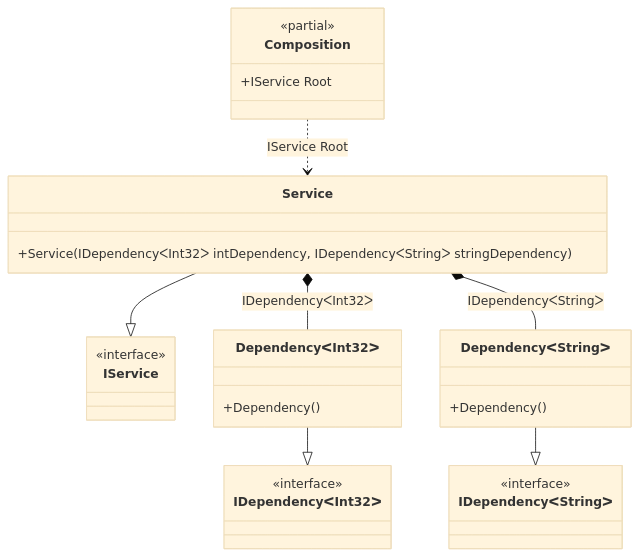
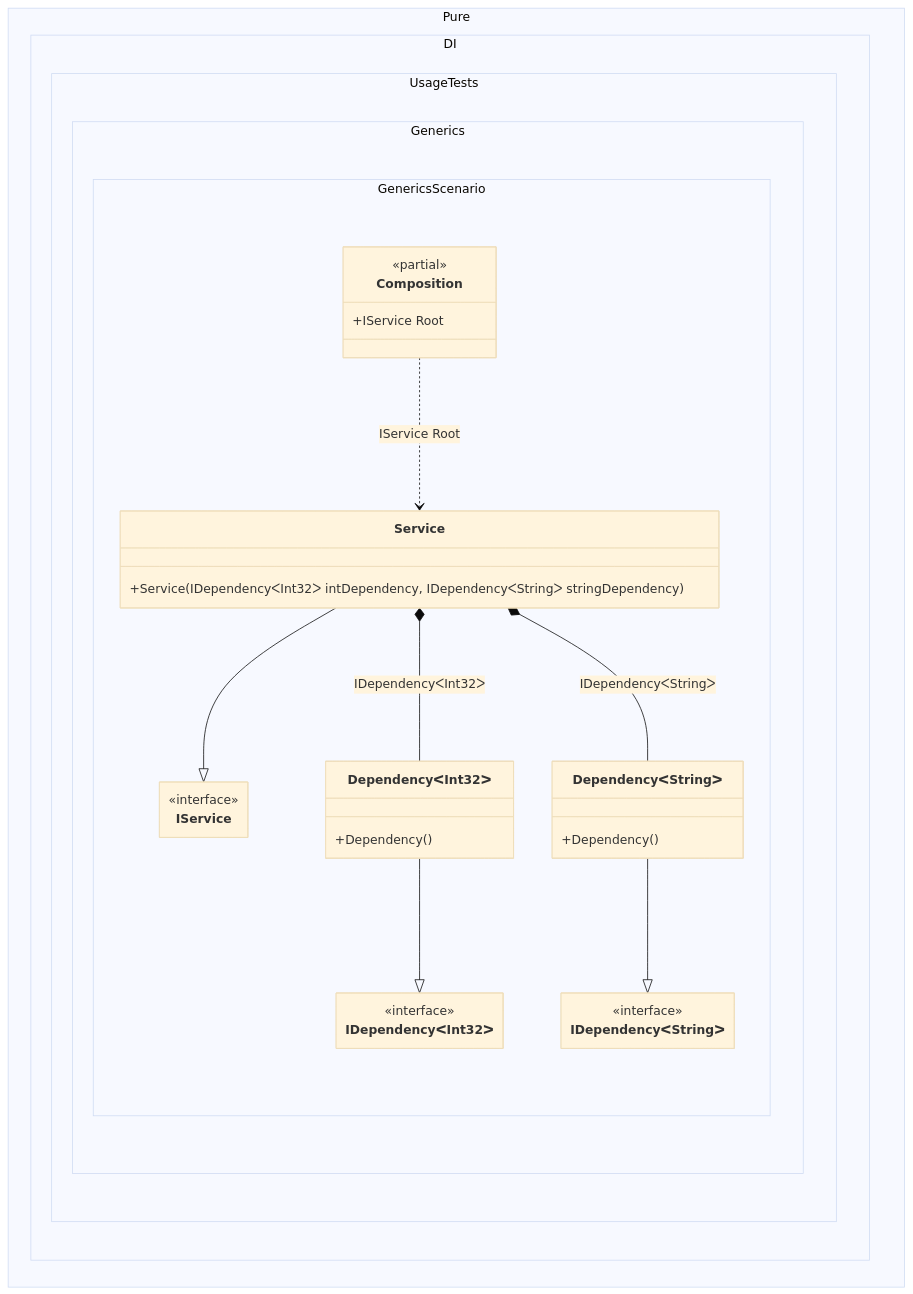
Before and after one commit to DevTeam/Pure.DI: the diagram in readme/generics.md, drawn with Mermaid (base theme). The commit also changed 103 other files, not shown here.

Commit message:
Improved class diagrams

````diff
--- a/readme/generics.md
+++ b/readme/generics.md
@@ -123,31 +123,38 @@
 ```mermaid
+---
+ config:
+  class:
+   hideEmptyMembersBox: true
+---
 classDiagram
-	class Composition {
-		<<partial>>
-		+IService Root
-	}
 	Service --|> IService
-	class Service {
-		+Service(IDependencyᐸInt32ᐳ intDependency, IDependencyᐸStringᐳ stringDependency)
-	}
 	DependencyᐸInt32ᐳ --|> IDependencyᐸInt32ᐳ
-	class DependencyᐸInt32ᐳ {
-		+Dependency()
-	}
 	DependencyᐸStringᐳ --|> IDependencyᐸStringᐳ
-	class DependencyᐸStringᐳ {
-		+Dependency()
-	}
-	class IService {
-		<<interface>>
-	}
-	class IDependencyᐸInt32ᐳ {
-		<<interface>>
-	}
-	class IDependencyᐸStringᐳ {
-		<<interface>>
-	}
 	Composition ..> Service : IService Root
 	Service *--  DependencyᐸInt32ᐳ : IDependencyᐸInt32ᐳ
 	Service *--  DependencyᐸStringᐳ : IDependencyᐸStringᐳ
+	namespace Pure.DI.UsageTests.Generics.GenericsScenario {
+		class Composition {
+		<<partial>>
+		+IService Root
+		}
+		class DependencyᐸInt32ᐳ {
+			+Dependency()
+		}
+		class DependencyᐸStringᐳ {
+			+Dependency()
+		}
+		class IDependencyᐸInt32ᐳ {
+			<<interface>>
+		}
+		class IDependencyᐸStringᐳ {
+			<<interface>>
+		}
+		class IService {
+			<<interface>>
+		}
+		class Service {
+			+Service(IDependencyᐸInt32ᐳ intDependency, IDependencyᐸStringᐳ stringDependency)
+		}
+	}
 ```
````
